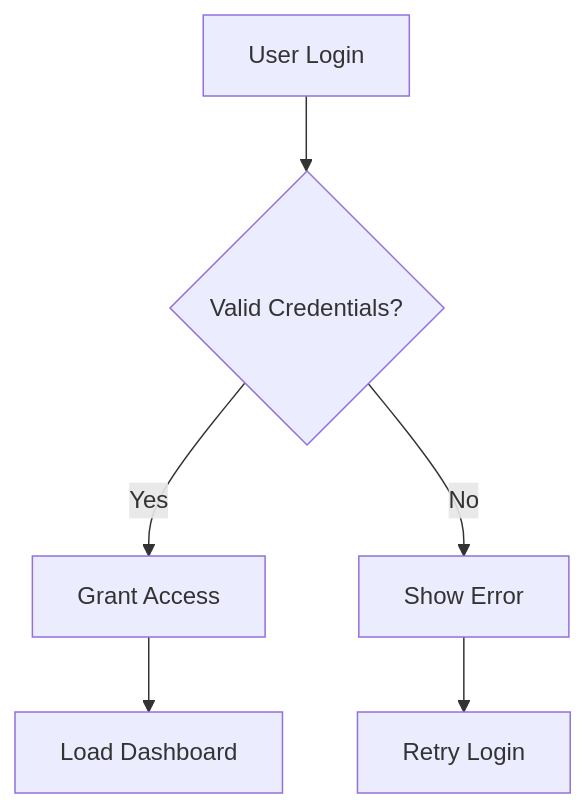
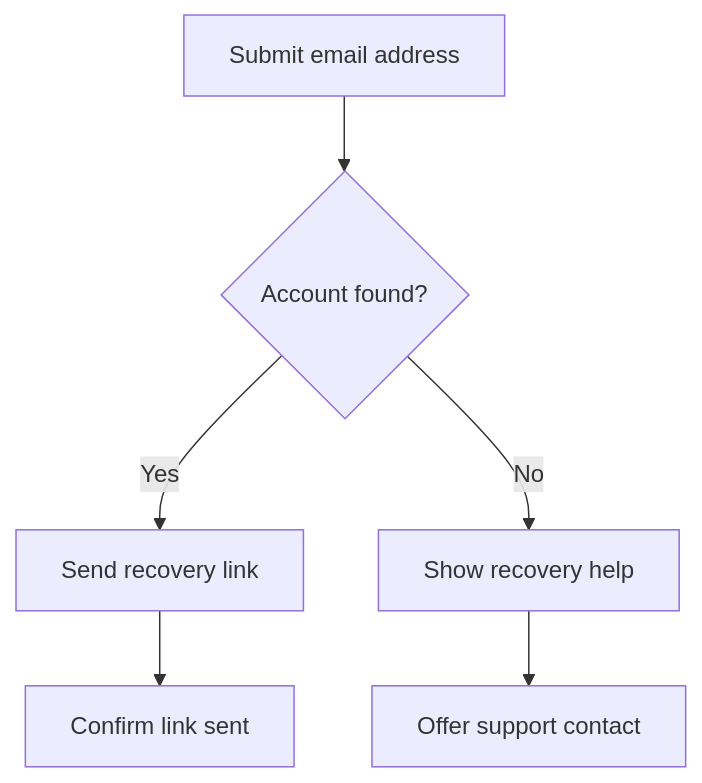
One commit to mgifford/ACCESSIBILITY.md changed the third of 4 diagrams in examples/MERMAID_ACCESSIBILITY_BEST_PRACTICES.md. Above: the diagram before and after it, drawn with Mermaid. The commit also changed other lines of this file, not shown here.

````diff
--- a/examples/MERMAID_ACCESSIBILITY_BEST_PRACTICES.md
+++ b/examples/MERMAID_ACCESSIBILITY_BEST_PRACTICES.md
@@ -42,11 +97,14 @@
 ```mermaid
-graph TD
-    A[User Login] --> B{Valid Credentials?}
-    B -->|Yes| C[Grant Access]
-    B -->|No| D[Show Error]
-    C --> E[Load Dashboard]
-    D --> F[Retry Login]
-
-%%accTitle User Authentication Flowchart
-%%accDescr Describes a login process where credentials are validated. If valid, the user is granted access and the dashboard loads. If invalid, an error message is shown and the user can retry.
+flowchart TD
+    accTitle: Account recovery decision flow
+    accDescr {
+      A user submits an email address. If an account is found, the system sends
+      a recovery link and confirms that it was sent. If no account is found,
+      the system shows recovery help and offers a support contact.
+    }
+    A[Submit email address] --> B{Account found?}
+    B -->|Yes| C[Send recovery link]
+    B -->|No| D[Show recovery help]
+    C --> E[Confirm link sent]
+    D --> F[Offer support contact]
 ```
````
